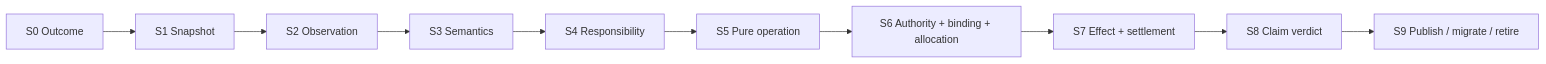
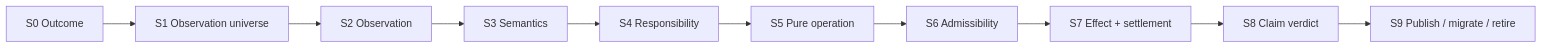
One commit to sec-platform/sec changed the sixth of 18 diagrams in docs/system-architecture.md. Above: the diagram before and after it, drawn with Mermaid. The commit also changed other lines of this file and 2 other files, not shown here.

````diff
--- a/docs/system-architecture.md
+++ b/docs/system-architecture.md
@@ -320,12 +320,12 @@
 ```mermaid
 flowchart LR
-  S0[S0 Outcome] --> S1[S1 Snapshot]
+  S0[S0 Outcome] --> S1[S1 Observation universe]
   S1 --> S2[S2 Observation]
   S2 --> S3[S3 Semantics]
   S3 --> S4[S4 Responsibility]
   S4 --> S5[S5 Pure operation]
-  S5 --> S6[S6 Authority + binding + allocation]
+  S5 --> S6[S6 Admissibility]
   S6 --> S7[S7 Effect + settlement]
   S7 --> S8[S8 Claim verdict]
   S8 --> S9[S9 Publish / migrate / retire]
 ```
````
